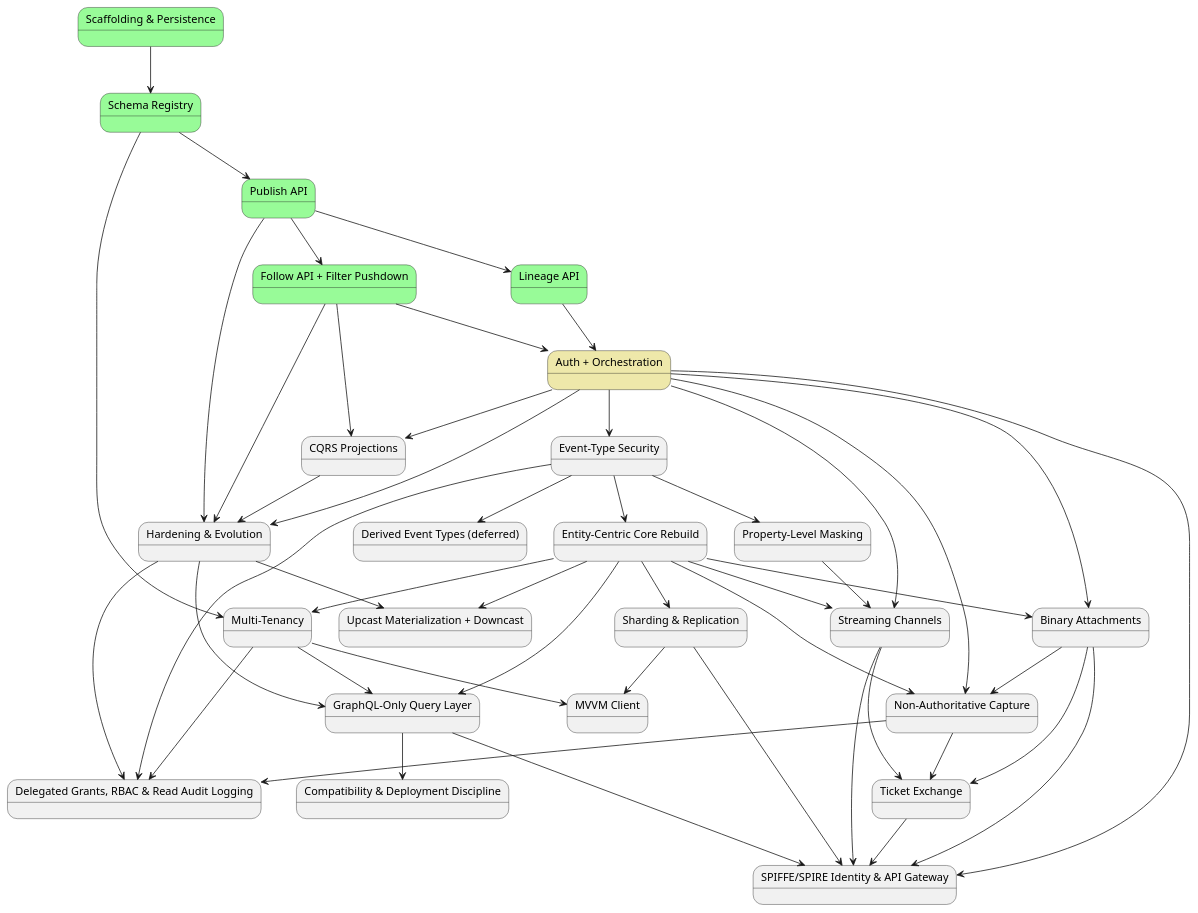
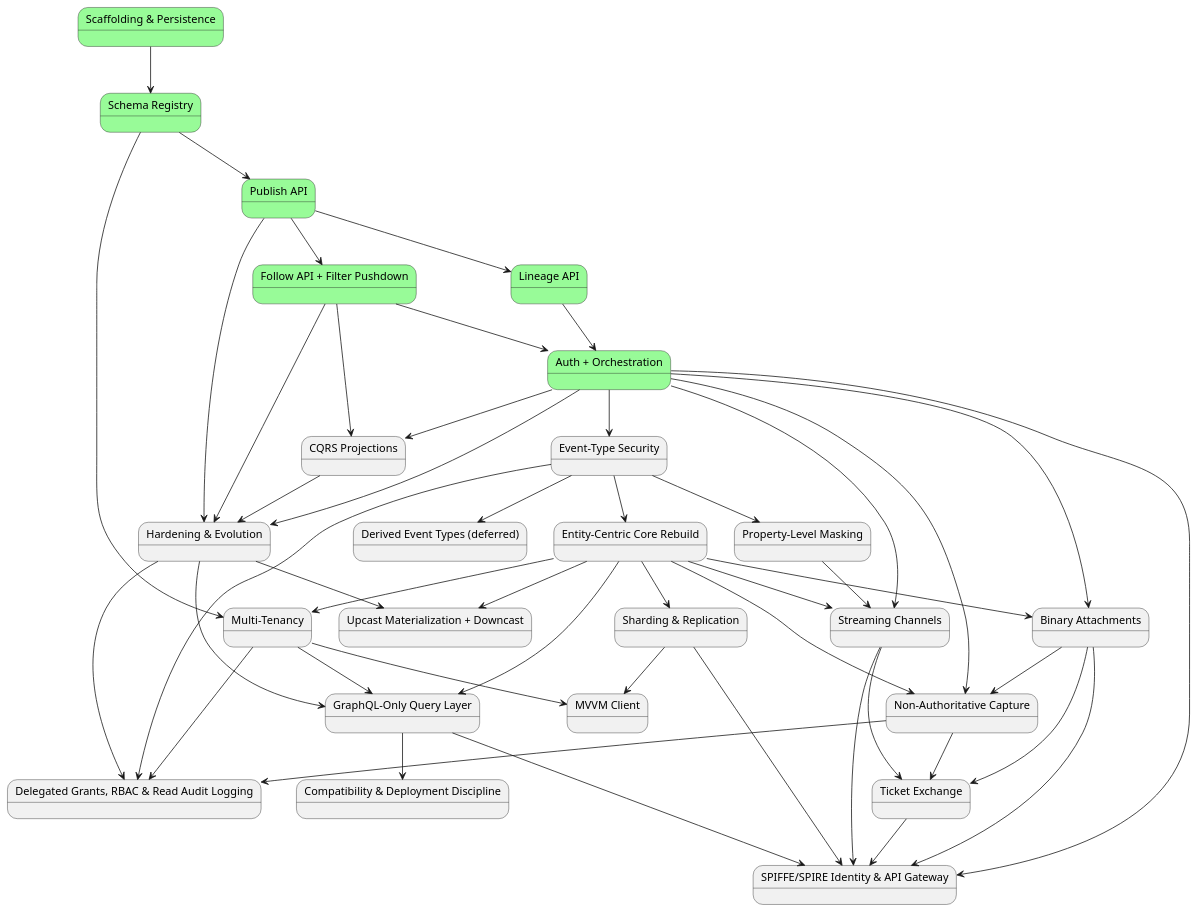
Before and after one commit to Mwwhited-BookLearning/EventSourcing: the first of 2 diagrams in docs/08-build-plan.md, drawn with PlantUML.

Commit message:
Update build-plan diagram fill for completed item 6
Auth + Orchestration was left #palegoldenrod (in progress) in the
dependency diagram after actually finishing and committing -- the
Implementation status table already said Done, the diagram just
hadn't been kept in lockstep per CLAUDE.md's own tracking convention.

Claude-Session: https://claude.ai/code/session_01K7icWuFj97FK9J7ygybrm9

````diff
--- a/docs/08-build-plan.md
+++ b/docs/08-build-plan.md
@@ -156,77 +156,77 @@
 ```plantuml
 @startuml BuildPlan_CorePhases
 state "Scaffolding & Persistence" as p0 #palegreen
 state "Schema Registry" as p1 #palegreen
 state "Publish API" as p2 #palegreen
 state "Lineage API" as p3 #palegreen
 state "Follow API + Filter Pushdown" as p4 #palegreen
-state "Auth + Orchestration" as p5 #palegoldenrod
+state "Auth + Orchestration" as p5 #palegreen
 state "Event-Type Security" as p6
 state "Derived Event Types (deferred)" as p7
 state "Property-Level Masking" as p8
 state "CQRS Projections" as p9
 state "Hardening & Evolution" as p10
 state "Entity-Centric Core Rebuild" as p11
 state "Multi-Tenancy" as p12
 state "Upcast Materialization + Downcast" as p13
 state "Streaming Channels" as p14
 state "Binary Attachments" as p15
 state "Sharding & Replication" as p16
 state "Non-Authoritative Capture" as p17
 state "GraphQL-Only Query Layer" as p18
 state "Compatibility & Deployment Discipline" as p19
 state "MVVM Client" as p20
 state "Ticket Exchange" as p21
 state "Delegated Grants, RBAC & Read Audit Logging" as p22
 state "SPIFFE/SPIRE Identity & API Gateway" as p23
 
 p0 --> p1
 p1 --> p2
 p2 --> p3
 p2 --> p4
 p3 --> p5
 p4 --> p5
 p5 --> p6
 p6 --> p7
 p6 --> p8
 p4 --> p9
 p5 --> p9
 p5 --> p10
 p2 --> p10
 p4 --> p10
 p9 --> p10
 p6 --> p11
 p1 --> p12
 p11 --> p12
 p10 --> p13
 p11 --> p13
 p5 --> p14
 p11 --> p14
 p8 --> p14
 p5 --> p15
 p11 --> p15
 p11 --> p16
 p11 --> p17
 p5 --> p17
 p15 --> p17
 p11 --> p18
 p12 --> p18
 p10 --> p18
 p18 --> p19
 p12 --> p20
 p16 --> p20
 p14 --> p21
 p15 --> p21
 p17 --> p21
 p17 --> p22
 p6 --> p22
 p12 --> p22
 p10 --> p22
 p5 --> p23
 p16 --> p23
 p14 --> p23
 p15 --> p23
 p18 --> p23
 p21 --> p23
 @enduml
 ```
````
